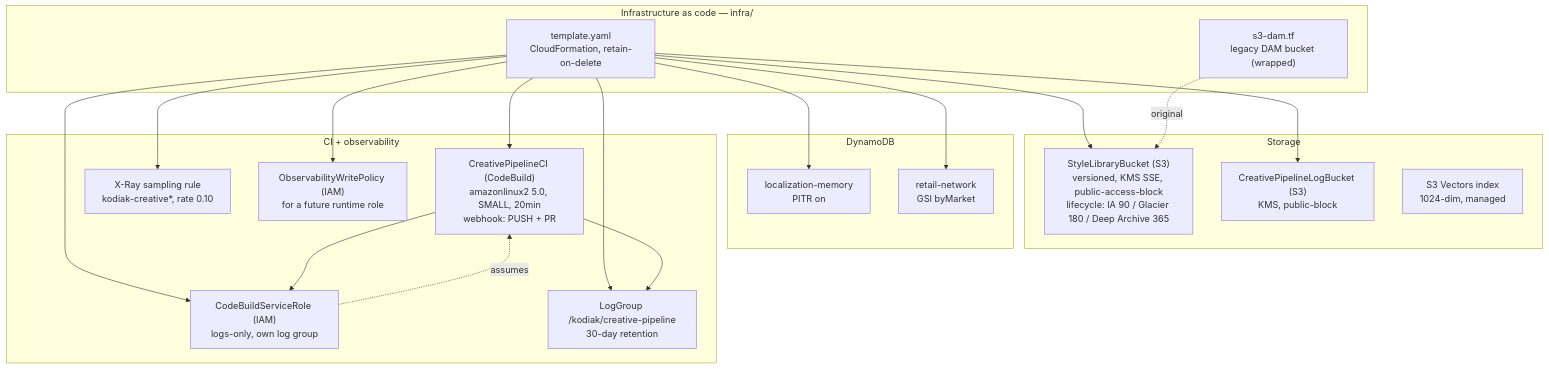
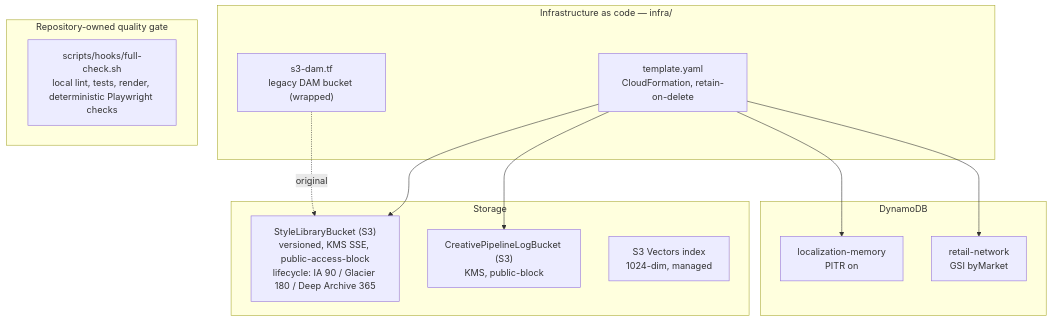
One commit to chasko-labs/creative-automation-pipeline changed the fourth of 6 diagrams in docs/architecture/SYSTEM-OVERVIEW.md. Above: the diagram before and after it, drawn with Mermaid. The commit also changed other lines of this file and 12 other files, not shown here.

````diff
--- a/docs/architecture/SYSTEM-OVERVIEW.md
+++ b/docs/architecture/SYSTEM-OVERVIEW.md
@@ -213,40 +213,28 @@
 ```mermaid
 flowchart TB
     subgraph IaC["Infrastructure as code — infra/"]
         CFN["template.yaml<br/>CloudFormation, retain-on-delete"]
         TF["s3-dam.tf<br/>legacy DAM bucket (wrapped)"]
     end
 
     subgraph Storage["Storage"]
         StyleBucket["StyleLibraryBucket (S3)<br/>versioned, KMS SSE, public-access-block<br/>lifecycle: IA 90 / Glacier 180 / Deep Archive 365"]
         LogBucket["CreativePipelineLogBucket (S3)<br/>KMS, public-block"]
         Vectors["S3 Vectors index<br/>1024-dim, managed"]
     end
 
     subgraph Tables["DynamoDB"]
         LocMem["localization-memory<br/>PITR on"]
         RetNet["retail-network<br/>GSI byMarket"]
     end
 
-    subgraph CI["CI + observability"]
-        CB["CreativePipelineCI (CodeBuild)<br/>amazonlinux2 5.0, SMALL, 20min<br/>webhook: PUSH + PR"]
-        CBRole["CodeBuildServiceRole (IAM)<br/>logs-only, own log group"]
-        LG["LogGroup /kodiak/creative-pipeline<br/>30-day retention"]
-        XRay["X-Ray sampling rule<br/>kodiak-creative*, rate 0.10"]
-        ObsPol["ObservabilityWritePolicy (IAM)<br/>for a future runtime role"]
+    subgraph Checks["Repository-owned quality gate"]
+        Gate["scripts/hooks/full-check.sh<br/>local lint, tests, render, deterministic Playwright checks"]
     end
 
     CFN --> StyleBucket
     CFN --> LogBucket
     CFN --> LocMem
     CFN --> RetNet
-    CFN --> CB
-    CFN --> CBRole
-    CFN --> LG
-    CFN --> XRay
-    CFN --> ObsPol
     TF -.original.-> StyleBucket
-    CB --> CBRole
-    CB --> LG
-    CBRole -.assumes.-> CB
 ```
````
